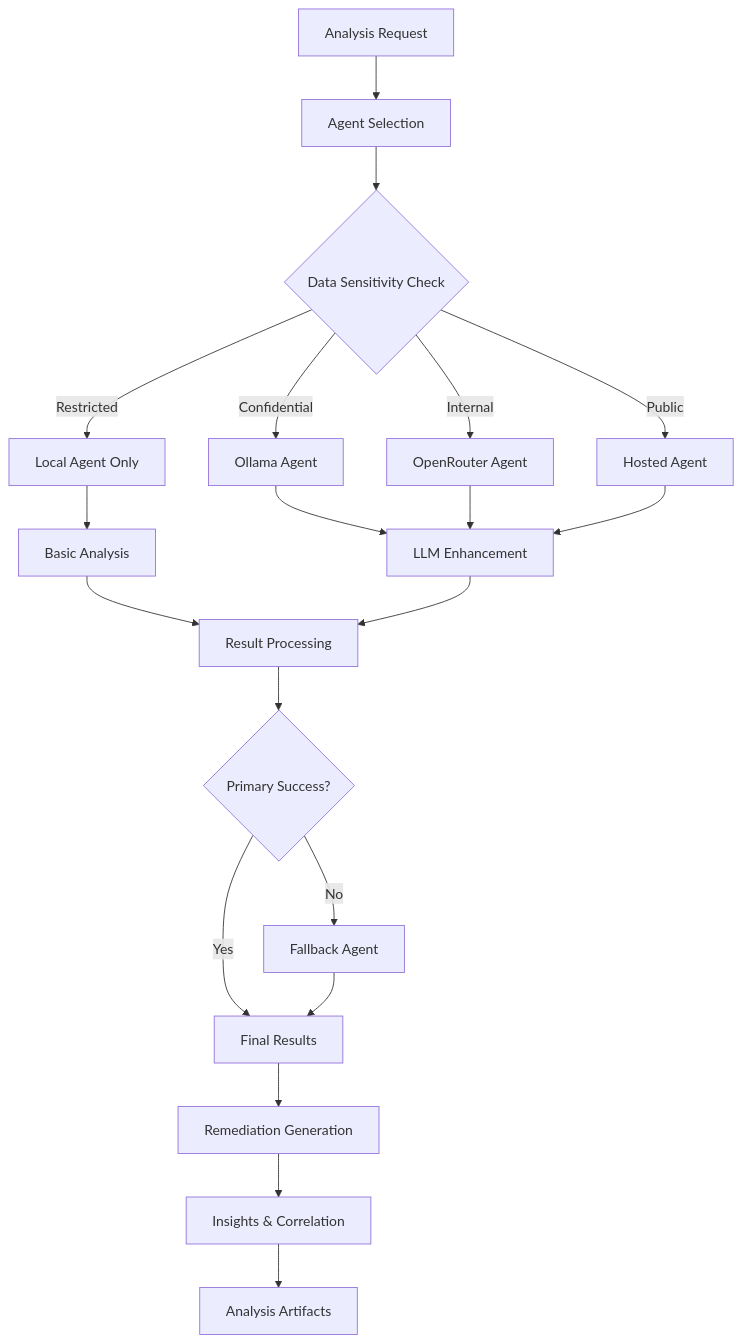
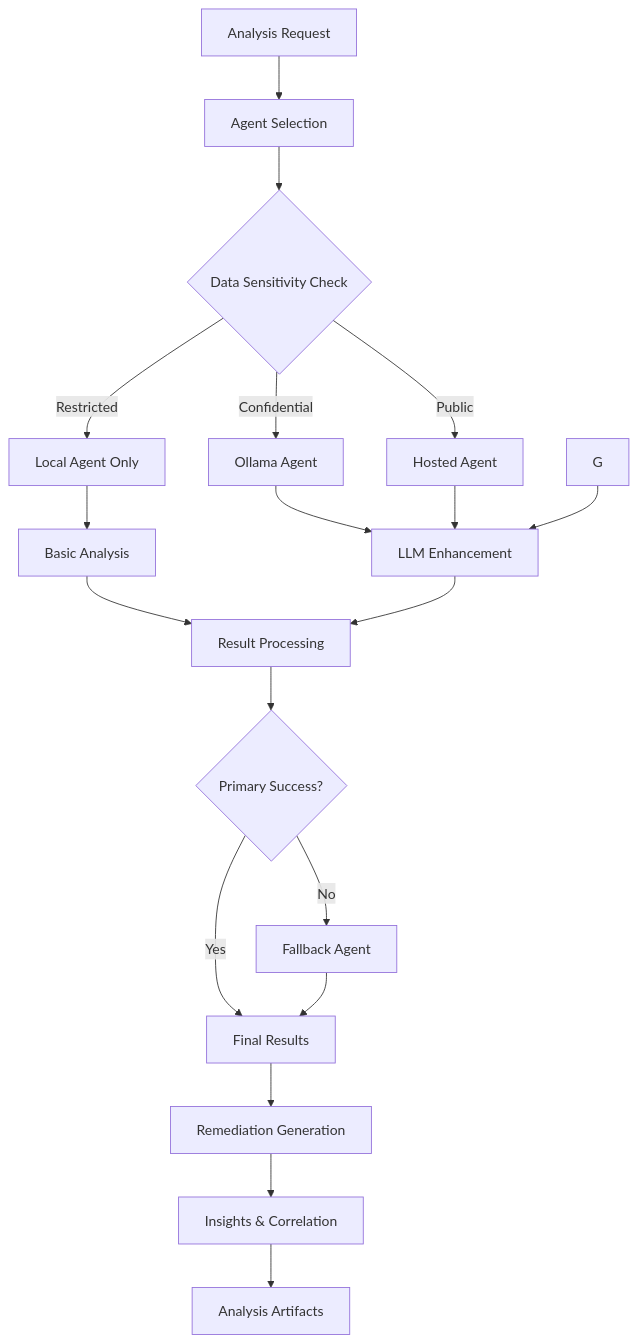
The diagram in PHASE2_COMPLETION.md (replicatedhq/troubleshoot), drawn with Mermaid before and after one commit. The commit also changed other lines of this file and 8 other files, not shown here.

First line of the commit message:
Remove OpenRouter support and fix test issues

````diff
--- a/PHASE2_COMPLETION.md
+++ b/PHASE2_COMPLETION.md
@@ -73,26 +70,25 @@
 ```mermaid
 graph TD
     A[Analysis Request] --> B[Agent Selection]
     B --> C{Data Sensitivity Check}
     C -->|Restricted| D[Local Agent Only]
     C -->|Confidential| E[Ollama Agent]
-    C -->|Internal| F[OpenRouter Agent]  
-    C -->|Public| G[Hosted Agent]
+    C -->|Public| F[Hosted Agent]
     
     D --> H[Basic Analysis]
     E --> I[LLM Enhancement] 
     F --> I
     G --> I
     
     H --> J[Result Processing]
     I --> J
     J --> K{Primary Success?}
     
     K -->|No| L[Fallback Agent]
     K -->|Yes| M[Final Results]
     L --> M
     
     M --> N[Remediation Generation]
     N --> O[Insights & Correlation]
     O --> P[Analysis Artifacts]
 ```
````
